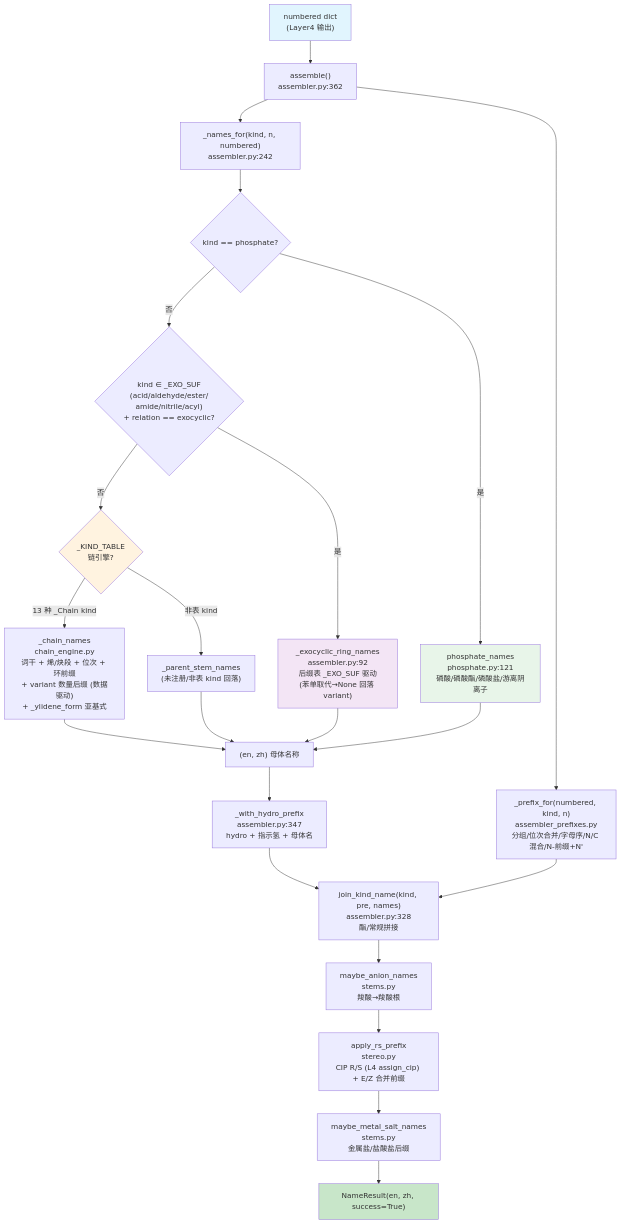
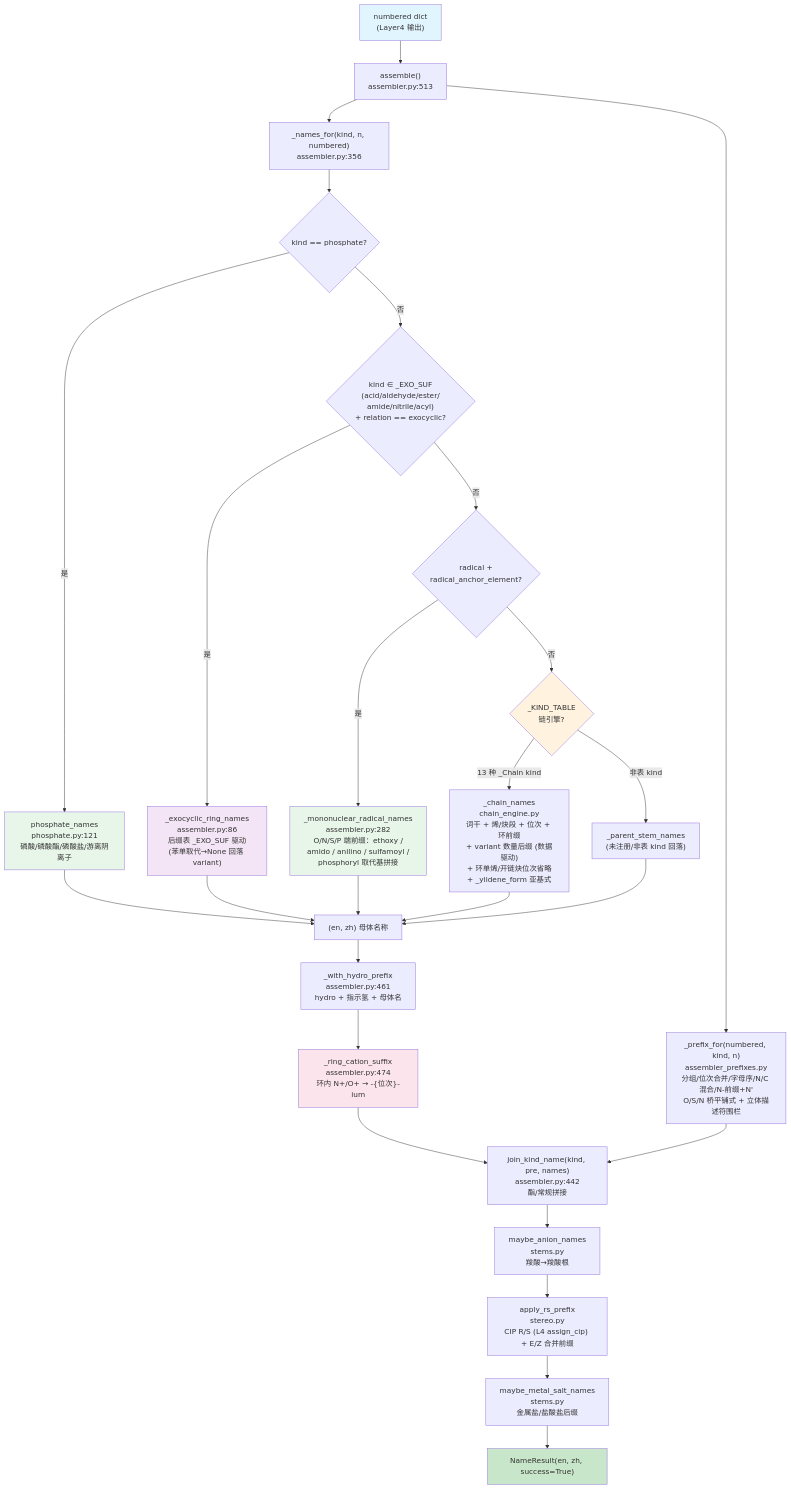
Before and after one commit to zouxiaofei1/OpenSMILES: the diagram in docs/wiki/architecture/layer5-name-assembly.md, drawn with Mermaid. The commit also changed other lines of this file and 24 other files, not shown here.

````diff
--- a/docs/wiki/architecture/layer5-name-assembly.md
+++ b/docs/wiki/architecture/layer5-name-assembly.md
@@ -265,37 +276,43 @@
 ```mermaid
 flowchart TD
-    NUMBERED["numbered dict\n(Layer4 输出)"] --> ASSEMBLE["assemble()\nassembler.py:362"]
+    NUMBERED["numbered dict\n(Layer4 输出)"] --> ASSEMBLE["assemble()\nassembler.py:513"]
 
-    ASSEMBLE --> NAMES_FOR["_names_for(kind, n, numbered)\nassembler.py:242"]
+    ASSEMBLE --> NAMES_FOR["_names_for(kind, n, numbered)\nassembler.py:356"]
 
     NAMES_FOR --> PHOS{"kind == phosphate?"}
     PHOS -->|"是"| PHOSW["phosphate_names\nphosphate.py:121\n磷酸/磷酸酯/磷酸盐/游离阴离子"]
     PHOS -->|"否"| EXO{"kind ∈ _EXO_SUF\n(acid/aldehyde/ester/\namide/nitrile/acyl)\n+ relation == exocyclic?"}
-    EXO -->|"是"| EXOW["_exocyclic_ring_names\nassembler.py:92\n后缀表 _EXO_SUF 驱动\n(苯单取代→None 回落 variant)"]
-    EXO -->|"否"| CHAIN{"_KIND_TABLE\n链引擎?"}
-    CHAIN -->|"13 种 _Chain kind"| ENG["_chain_names\nchain_engine.py\n词干 + 烯/炔段 + 位次 + 环前缀\n+ variant 数量后缀 (数据驱动)\n+ _ylidene_form 亚基式"]
+    EXO -->|"是"| EXOW["_exocyclic_ring_names\nassembler.py:86\n后缀表 _EXO_SUF 驱动\n(苯单取代→None 回落 variant)"]
+    EXO -->|"否"| MONO{"radical +\nradical_anchor_element?"}
+    MONO -->|"是"| MONOW["_mononuclear_radical_names\nassembler.py:282\nO/N/S/P 端前缀：ethoxy /\namido / anilino / sulfamoyl /\nphosphoryl 取代基拼接"]
+    MONO -->|"否"| CHAIN{"_KIND_TABLE\n链引擎?"}
+    CHAIN -->|"13 种 _Chain kind"| ENG["_chain_names\nchain_engine.py\n词干 + 烯/炔段 + 位次 + 环前缀\n+ variant 数量后缀 (数据驱动)\n+ 环单烯/开链炔位次省略\n+ _ylidene_form 亚基式"]
     CHAIN -->|"非表 kind"| WORKER["_parent_stem_names\n(未注册/非表 kind 回落)"]
 
     ENG --> PARENT_NAME["(en, zh) 母体名称"]
     WORKER --> PARENT_NAME
     EXOW --> PARENT_NAME
     PHOSW --> PARENT_NAME
+    MONOW --> PARENT_NAME
 
-    PARENT_NAME --> HYDRO["_with_hydro_prefix\nassembler.py:347\nhydro + 指示氢 + 母体名"]
+    PARENT_NAME --> HYDRO["_with_hydro_prefix\nassembler.py:461\nhydro + 指示氢 + 母体名"]
 
-    ASSEMBLE --> PREFIX["_prefix_for(numbered, kind, n)\nassembler_prefixes.py\n分组/位次合并/字母序/N/C 混合/N-前缀+N'"]
+    ASSEMBLE --> PREFIX["_prefix_for(numbered, kind, n)\nassembler_prefixes.py\n分组/位次合并/字母序/N/C 混合/N-前缀+N'\nO/S/N 桥平铺式 + 立体描述符围栏"]
 
-    HYDRO --> JOIN["join_kind_name(kind, pre, names)\nassembler.py:328\n酯/常规拼接"]
+    HYDRO --> CATION["_ring_cation_suffix\nassembler.py:474\n环内 N+/O+ → -{位次}-ium"]
+    CATION --> JOIN["join_kind_name(kind, pre, names)\nassembler.py:442\n酯/常规拼接"]
     PREFIX --> JOIN
 
     JOIN --> ANION["maybe_anion_names\nstems.py\n羧酸→羧酸根"]
     ANION --> RS["apply_rs_prefix\nstereo.py\nCIP R/S (L4 assign_cip) + E/Z 合并前缀"]
     RS --> SALT["maybe_metal_salt_names\nstems.py\n金属盐/盐酸盐后缀"]
     SALT --> RESULT["NameResult(en, zh, success=True)"]
 
     style NUMBERED fill:#e1f5fe
     style RESULT fill:#c8e6c9
     style CHAIN fill:#fff3e0
     style EXOW fill:#f3e5f5
     style PHOSW fill:#e8f5e9
+    style MONOW fill:#e8f5e9
+    style CATION fill:#fce4ec
 ```
````
